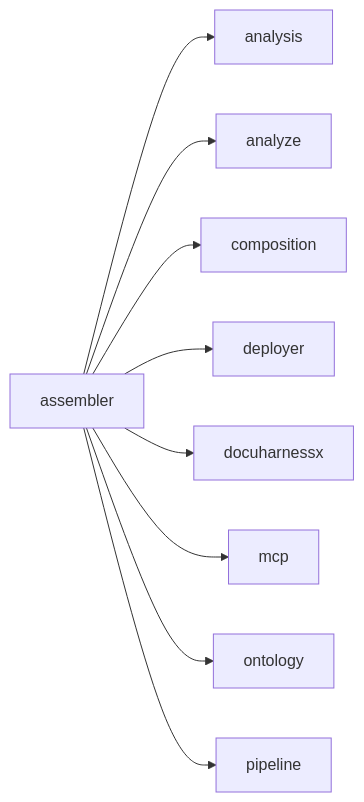
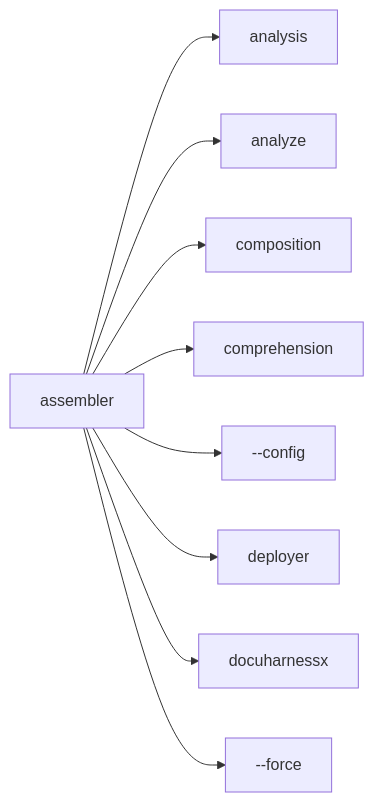
One commit to norandom/DocuHarnessX changed the fourth of 30 diagrams in docs/glossary.md. Above: the diagram before and after it, drawn with Mermaid. The commit also changed other lines of this file and 18 other files, not shown here.

First line of the commit message:
feat(architect-narrative): conceptual Hypertree via InfoVis Toolkit

````diff
--- a/docs/glossary.md
+++ b/docs/glossary.md
@@ -128,20 +128,20 @@
 ```mermaid
 flowchart LR
  here["assembler"]
  r0["analysis"]
  here --> r0
  r1["analyze"]
  here --> r1
  r2["composition"]
  here --> r2
- r3["deployer"]
+ r3["comprehension"]
  here --> r3
- r4["docuharnessx"]
+ r4["--config"]
  here --> r4
- r5["mcp"]
+ r5["deployer"]
  here --> r5
- r6["ontology"]
+ r6["docuharnessx"]
  here --> r6
- r7["pipeline"]
+ r7["--force"]
  here --> r7
 ```
````
